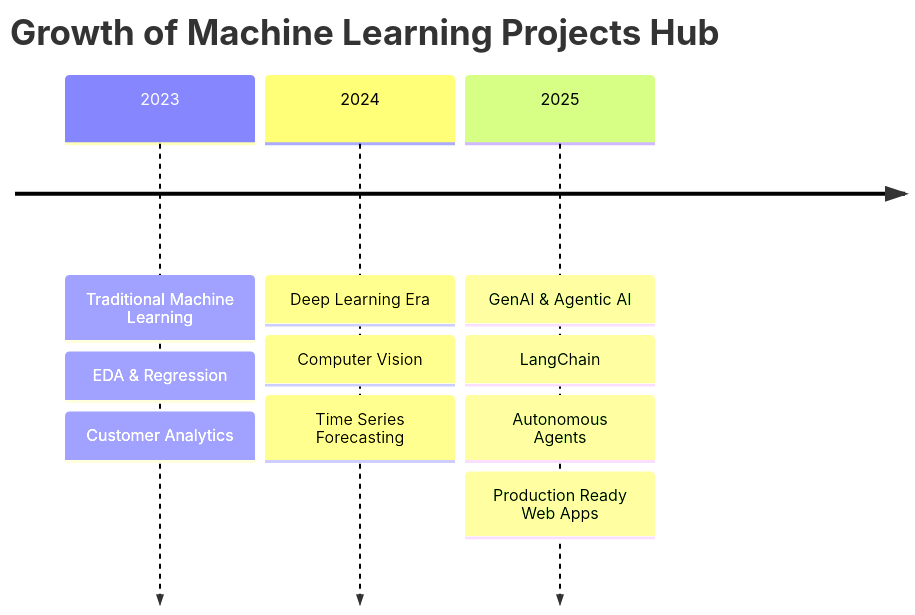
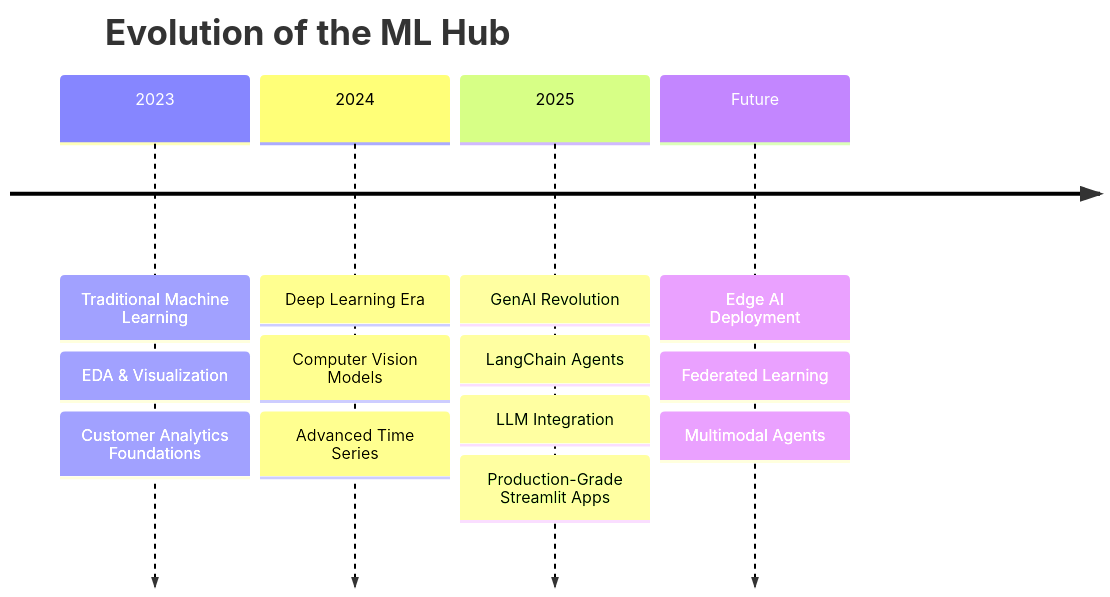
The second of 2 diagrams in README.md (HarshChoudhary2003/Machine_Learning_Projects), drawn with Mermaid before and after one commit. The commit also changed other lines of this file, not shown here.

````diff
--- a/README.md
+++ b/README.md
@@ -432,7 +387,8 @@
 ```mermaid
 timeline
-    title Growth of Machine Learning Projects Hub
-    2023 : Traditional Machine Learning : EDA & Regression : Customer Analytics
-    2024 : Deep Learning Era : Computer Vision : Time Series Forecasting
-    2025 : GenAI & Agentic AI : LangChain : Autonomous Agents : Production Ready Web Apps
+    title Evolution of the ML Hub
+    2023 : Traditional Machine Learning : EDA & Visualization : Customer Analytics Foundations
+    2024 : Deep Learning Era : Computer Vision Models : Advanced Time Series
+    2025 : GenAI Revolution : LangChain Agents : LLM Integration : Production-Grade Streamlit Apps
+    Future : Edge AI Deployment : Federated Learning : Multimodal Agents
 ```
````
